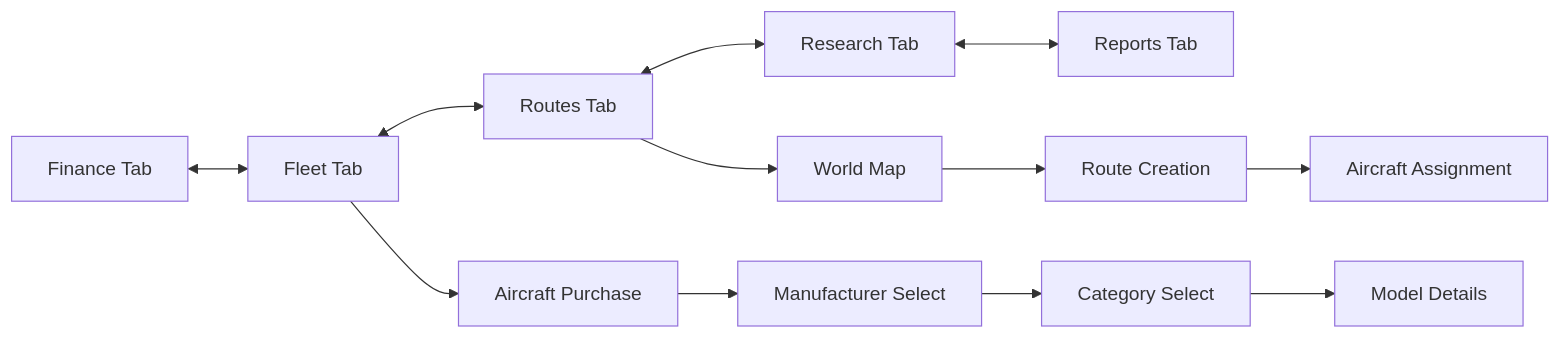
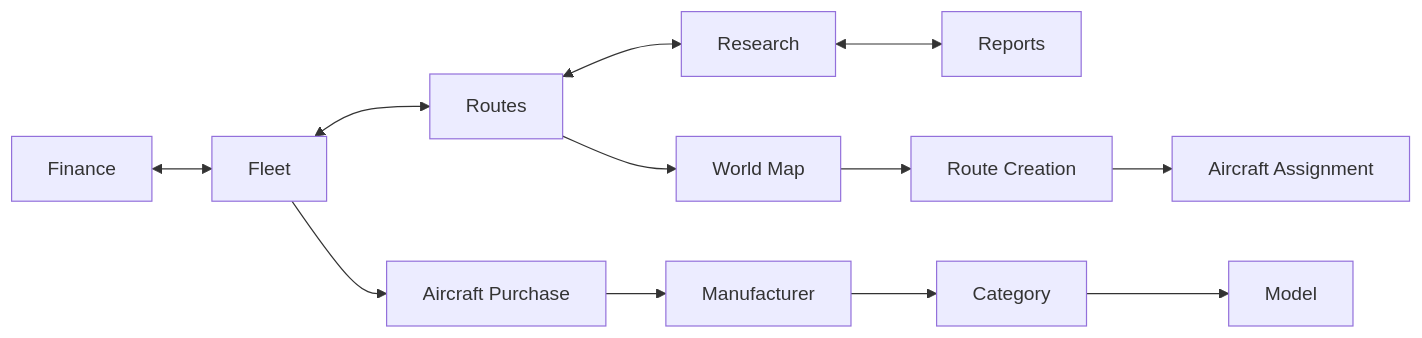
Before and after one commit to filippogrande/Air-tycoon: the second of 2 diagrams in PAGES_GUIDE.md, drawn with Mermaid. The commit also changed other lines of this file, not shown here.

````diff
--- a/PAGES_GUIDE.md
+++ b/PAGES_GUIDE.md
@@ -347,16 +131,6 @@
 ```mermaid
 graph LR
-    A[Finance Tab] <--> B[Fleet Tab]
-    B <--> C[Routes Tab]
-    C <--> D[Research Tab]
-    D <--> E[Reports Tab]
-
-    C --> F[World Map]
-    F --> G[Route Creation]
-    G --> H[Aircraft Assignment]
-
-    B --> I[Aircraft Purchase]
-    I --> J[Manufacturer Select]
-    J --> K[Category Select]
-    K --> L[Model Details]
+    A[Finance] <--> B[Fleet] <--> C[Routes] <--> D[Research] <--> E[Reports]
+    C --> F[World Map] --> G[Route Creation] --> H[Aircraft Assignment]
+    B --> I[Aircraft Purchase] --> J[Manufacturer] --> K[Category] --> L[Model]
 ```
````
